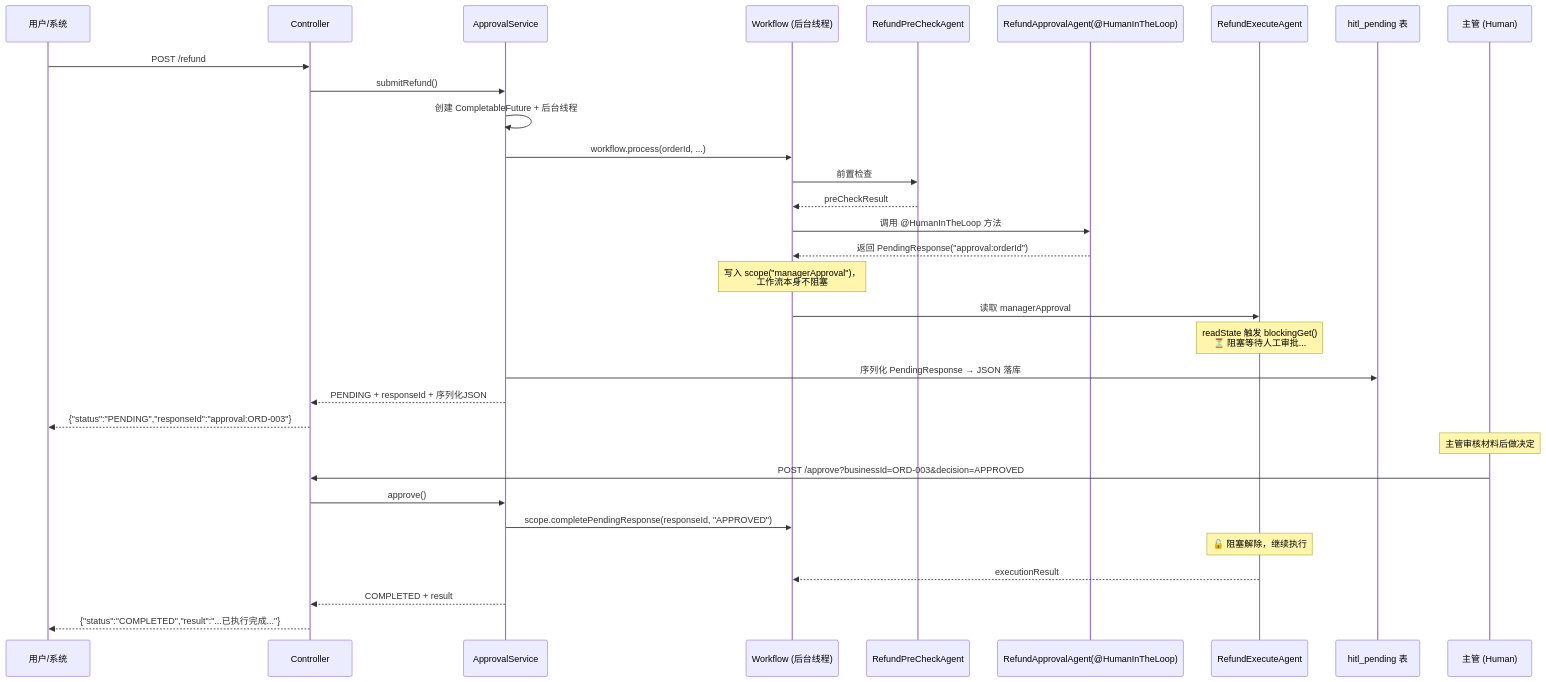
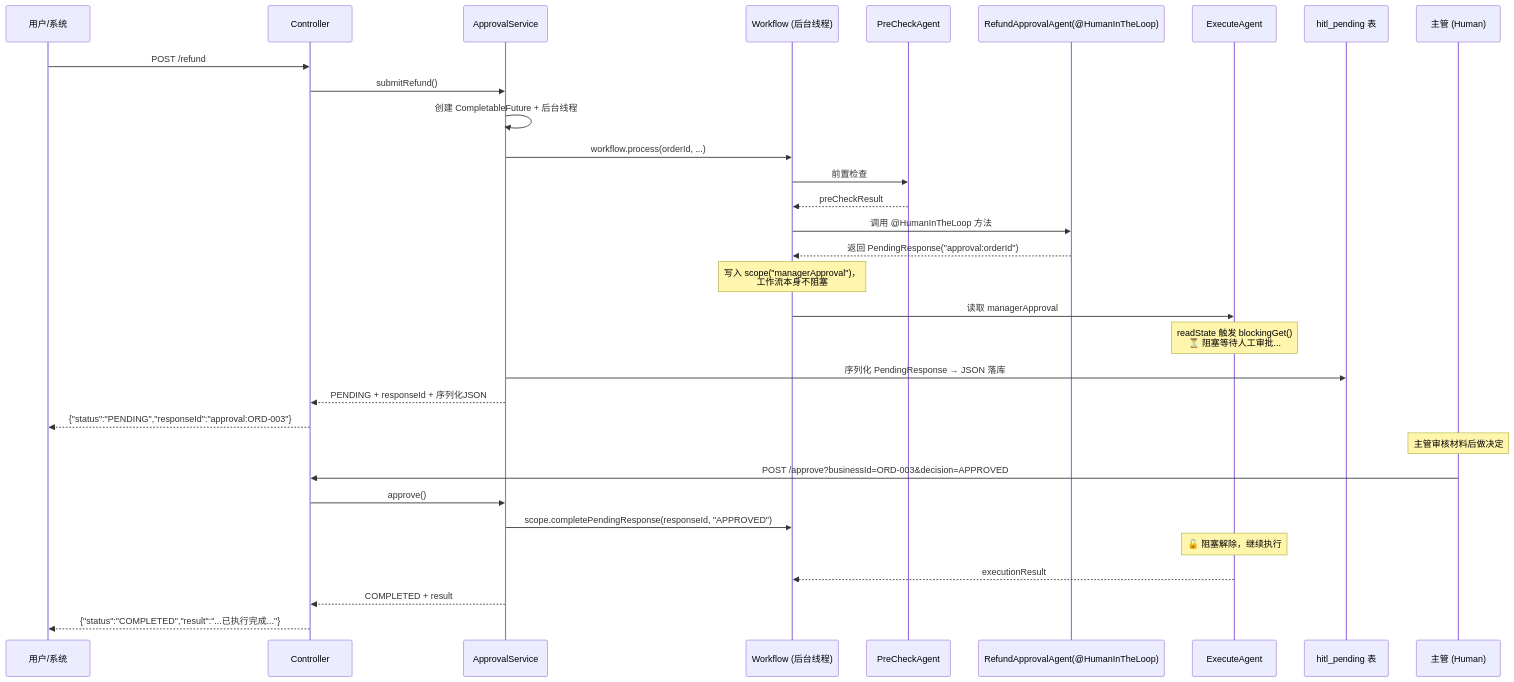
Before and after one commit to stickgoal/trainning: diagram 11 of 13 in ai/langchain4j-agentic/agent-orchestration-tutorial.md, drawn with Mermaid. The commit also changed other lines of this file and 3 other files, not shown here.

First line of the commit message:
refactor: HITL precheck/execute 切回 LLM Agent，删除非 AI 噪音文件

````diff
--- a/ai/langchain4j-agentic/agent-orchestration-tutorial.md
+++ b/ai/langchain4j-agentic/agent-orchestration-tutorial.md
@@ -892,41 +892,41 @@
 ```mermaid
 sequenceDiagram
     participant U as 用户/系统
     participant C as Controller
     participant S as ApprovalService
     participant W as Workflow (后台线程)
-    participant P as RefundPreCheckAgent
+    participant P as PreCheckAgent
     participant A as RefundApprovalAgent(@HumanInTheLoop)
-    participant E as RefundExecuteAgent
+    participant E as ExecuteAgent
     participant DB as hitl_pending 表
     participant M as 主管 (Human)
 
     U->>C: POST /refund
     C->>S: submitRefund()
     S->>S: 创建 CompletableFuture + 后台线程
     S->>W: workflow.process(orderId, ...)
 
     W->>P: 前置检查
     P-->>W: preCheckResult
 
     W->>A: 调用 @HumanInTheLoop 方法
     A-->>W: 返回 PendingResponse("approval:orderId")
     Note over W: 写入 scope("managerApproval")，<br/>工作流本身不阻塞
 
     W->>E: 读取 managerApproval
     Note over E: readState 触发 blockingGet()<br/>⏳ 阻塞等待人工审批...
 
     S->>DB: 序列化 PendingResponse → JSON 落库
     S-->>C: PENDING + responseId + 序列化JSON
     C-->>U: {"status":"PENDING","responseId":"approval:ORD-003"}
 
     Note over M: 主管审核材料后做决定
     M->>C: POST /approve?businessId=ORD-003&decision=APPROVED
     C->>S: approve()
     S->>W: scope.completePendingResponse(responseId, "APPROVED")
 
     Note over E: 🔓 阻塞解除，继续执行
     E-->>W: executionResult
     S-->>C: COMPLETED + result
     C-->>U: {"status":"COMPLETED","result":"...已执行完成..."}
 ```
````
